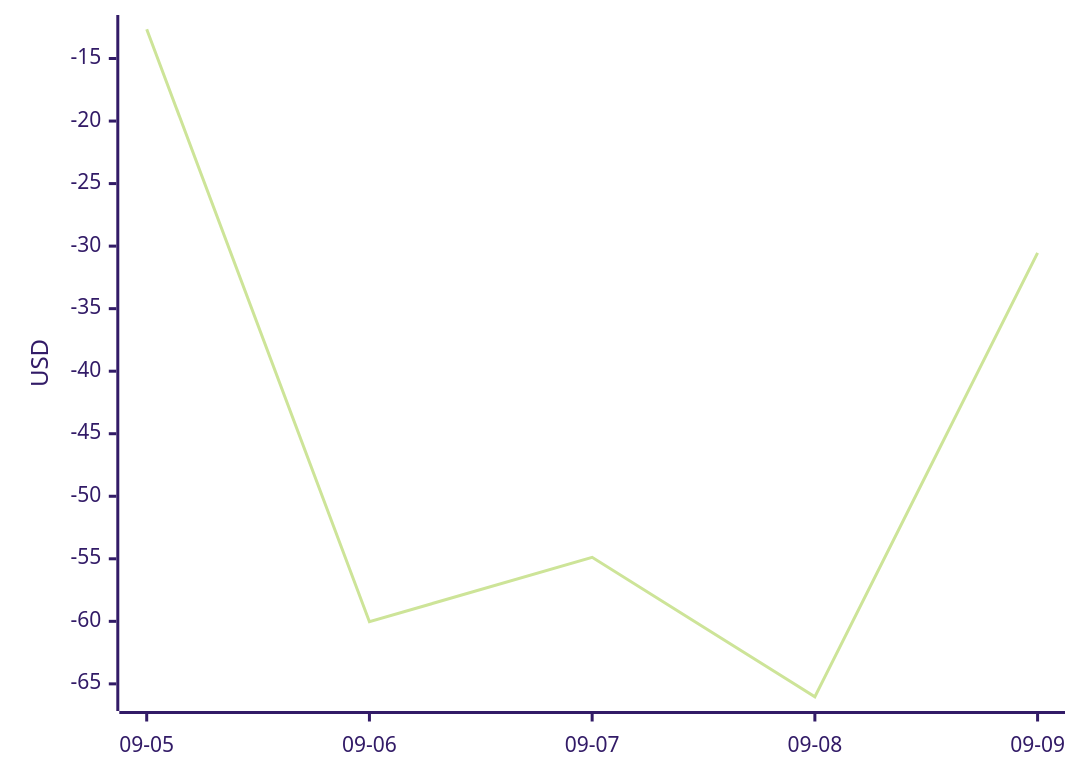
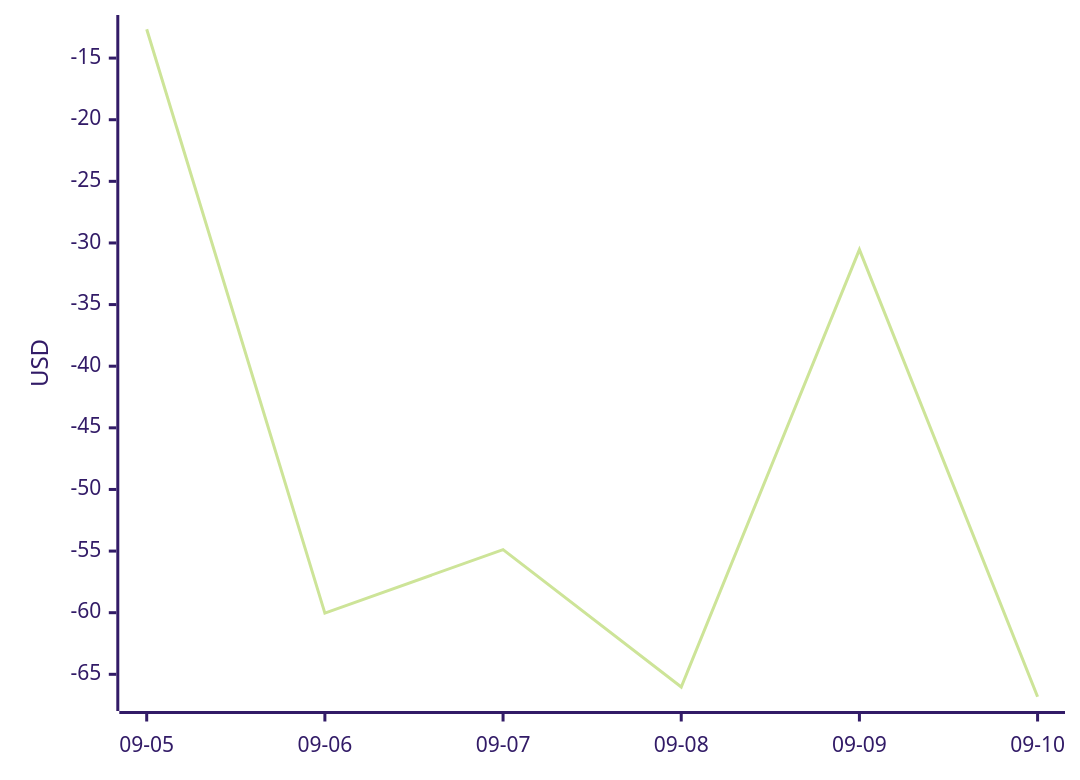
Before and after one commit to aryanvaid2108/prediction-trading: the diagram in DASHBOARD.md, drawn with Mermaid (forest theme). The commit also changed other lines of this file and 7 other files, not shown here.

````diff
--- a/DASHBOARD.md
+++ b/DASHBOARD.md
@@ -61,6 +61,6 @@
 ```mermaid
 xychart-beta
-  x-axis ["09-05", "09-06", "09-07", "09-08", "09-09"]
+  x-axis ["09-05", "09-06", "09-07", "09-08", "09-09", "09-10"]
   y-axis "USD"
-  line [-12.66, -60.03, -54.88, -66.03, -30.54]
+  line [-12.66, -60.03, -54.88, -66.03, -30.54, -66.82]
 ```
````
